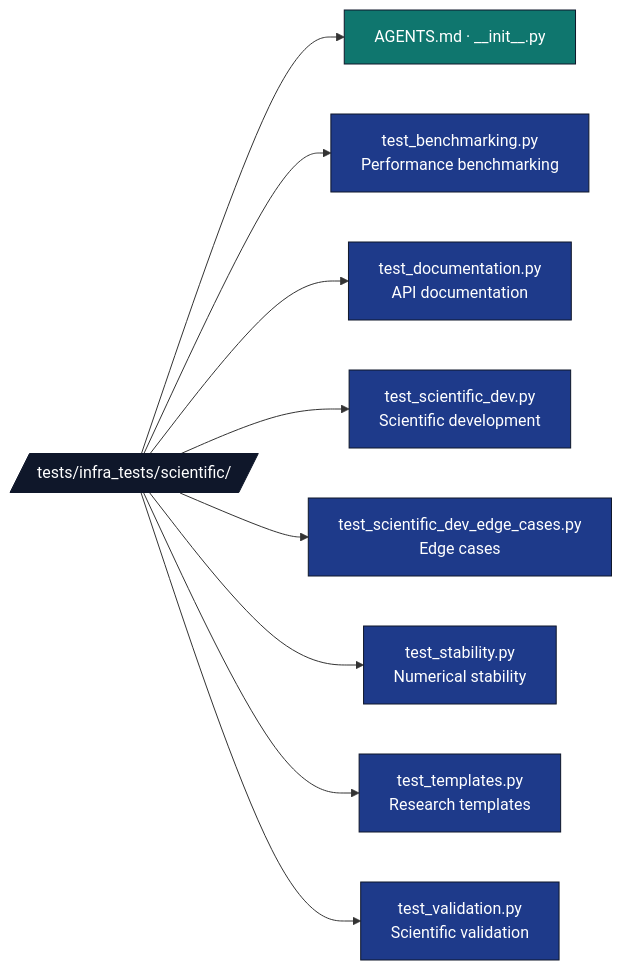
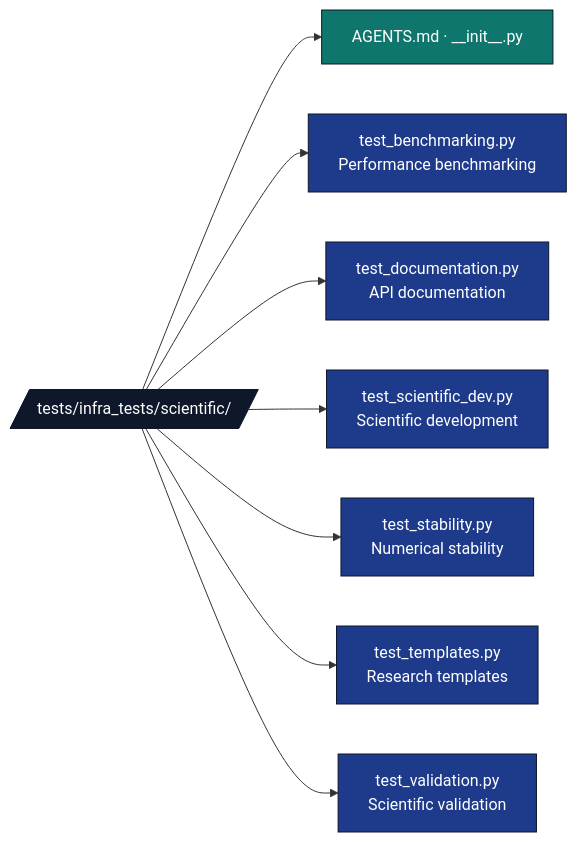
Before and after one commit to docxology/template: the diagram in tests/infra_tests/scientific/AGENTS.md, drawn with Mermaid. The commit also changed 15 other files, not shown here.

````diff
--- a/tests/infra_tests/scientific/AGENTS.md
+++ b/tests/infra_tests/scientific/AGENTS.md
@@ -9,19 +9,18 @@
 ```mermaid
 flowchart LR
     T[/tests/infra_tests/scientific//]
     T --> META[AGENTS.md · __init__.py]
     T --> BEN[test_benchmarking.py<br/>Performance benchmarking]
     T --> DOC[test_documentation.py<br/>API documentation]
     T --> DEV[test_scientific_dev.py<br/>Scientific development]
-    T --> DEVE[test_scientific_dev_edge_cases.py<br/>Edge cases]
     T --> STAB[test_stability.py<br/>Numerical stability]
     T --> TPL[test_templates.py<br/>Research templates]
     T --> VAL[test_validation.py<br/>Scientific validation]
 
     classDef d fill:#0f172a,stroke:#0f172a,color:#fff
     classDef test fill:#1e3a8a,stroke:#0f172a,color:#fff
     classDef doc fill:#0f766e,stroke:#0f172a,color:#fff
     class T d
-    class BEN,DOC,DEV,DEVE,STAB,TPL,VAL test
+    class BEN,DOC,DEV,STAB,TPL,VAL test
     class META doc
 ```
````
